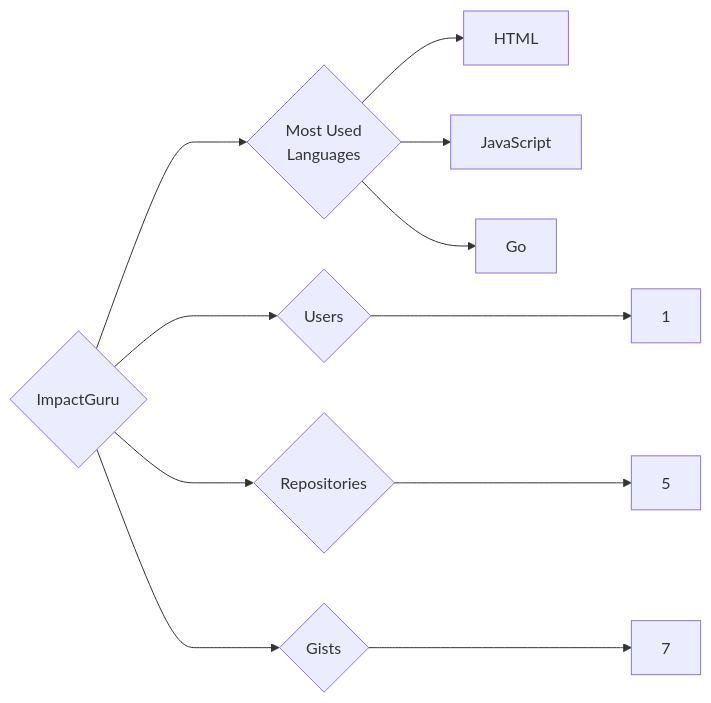
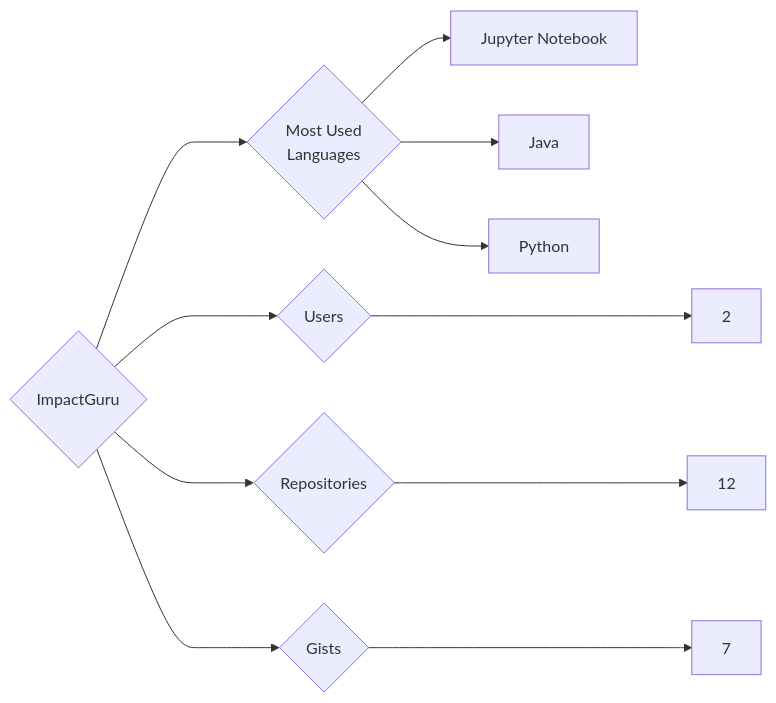
Before and after one commit to trickest/insiders: the diagram in targets/ImpactGuru/README.md, drawn with Mermaid. The commit also changed 859 other files, not shown here.

````diff
--- a/targets/ImpactGuru/README.md
+++ b/targets/ImpactGuru/README.md
@@ -3,11 +3,11 @@
 ```mermaid
 graph LR
 COMPANY_NAME{ImpactGuru}
-COMPANY_NAME ---> U{Users} ---> UN[1]
-COMPANY_NAME ---> R{Repositories} ---> RN[5]
+COMPANY_NAME ---> U{Users} ---> UN[2]
+COMPANY_NAME ---> R{Repositories} ---> RN[12]
 COMPANY_NAME ---> G{Gists} ---> GN[7]
 COMPANY_NAME ---> ML{Most Used<br>Languages}
-ML --> HTML[HTML]
-ML --> JavaScript[JavaScript]
-ML --> Go[Go]
+ML --> Jupyter_Notebook[Jupyter Notebook]
+ML --> Java[Java]
+ML --> Python[Python]
 ```
````
